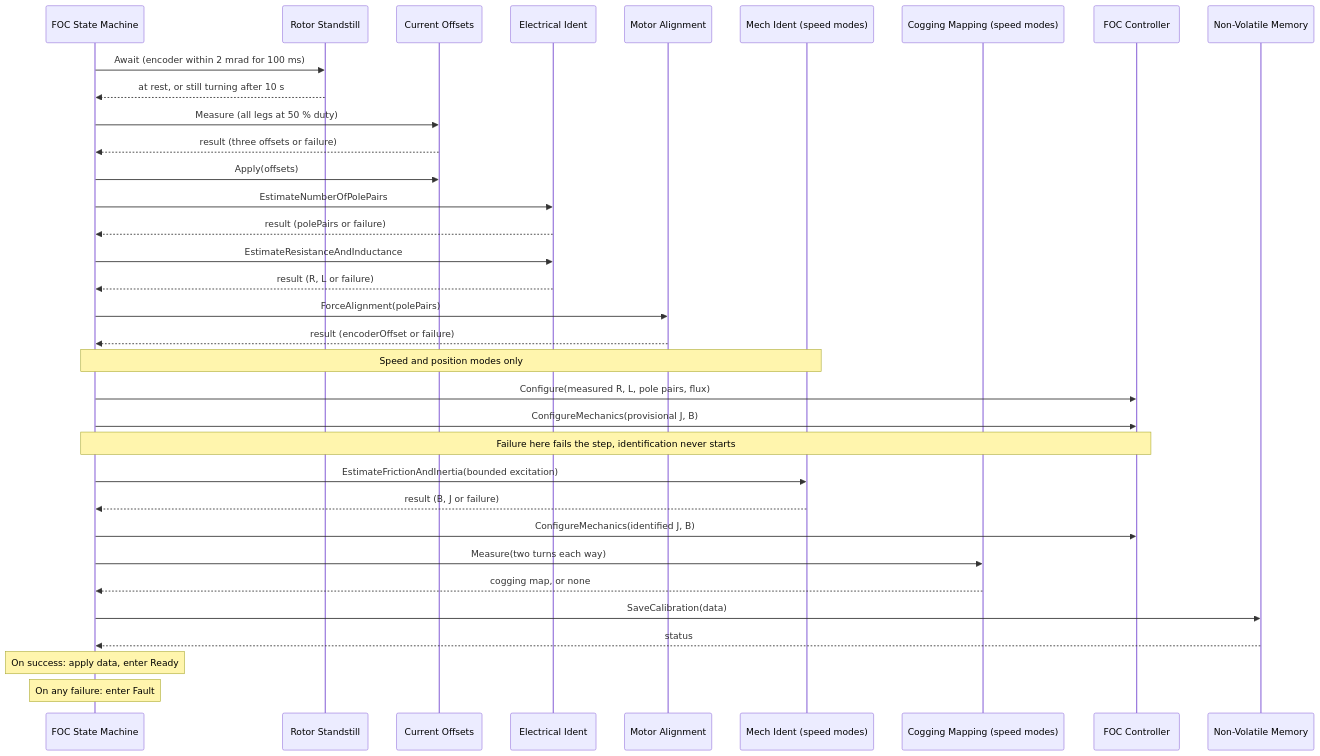
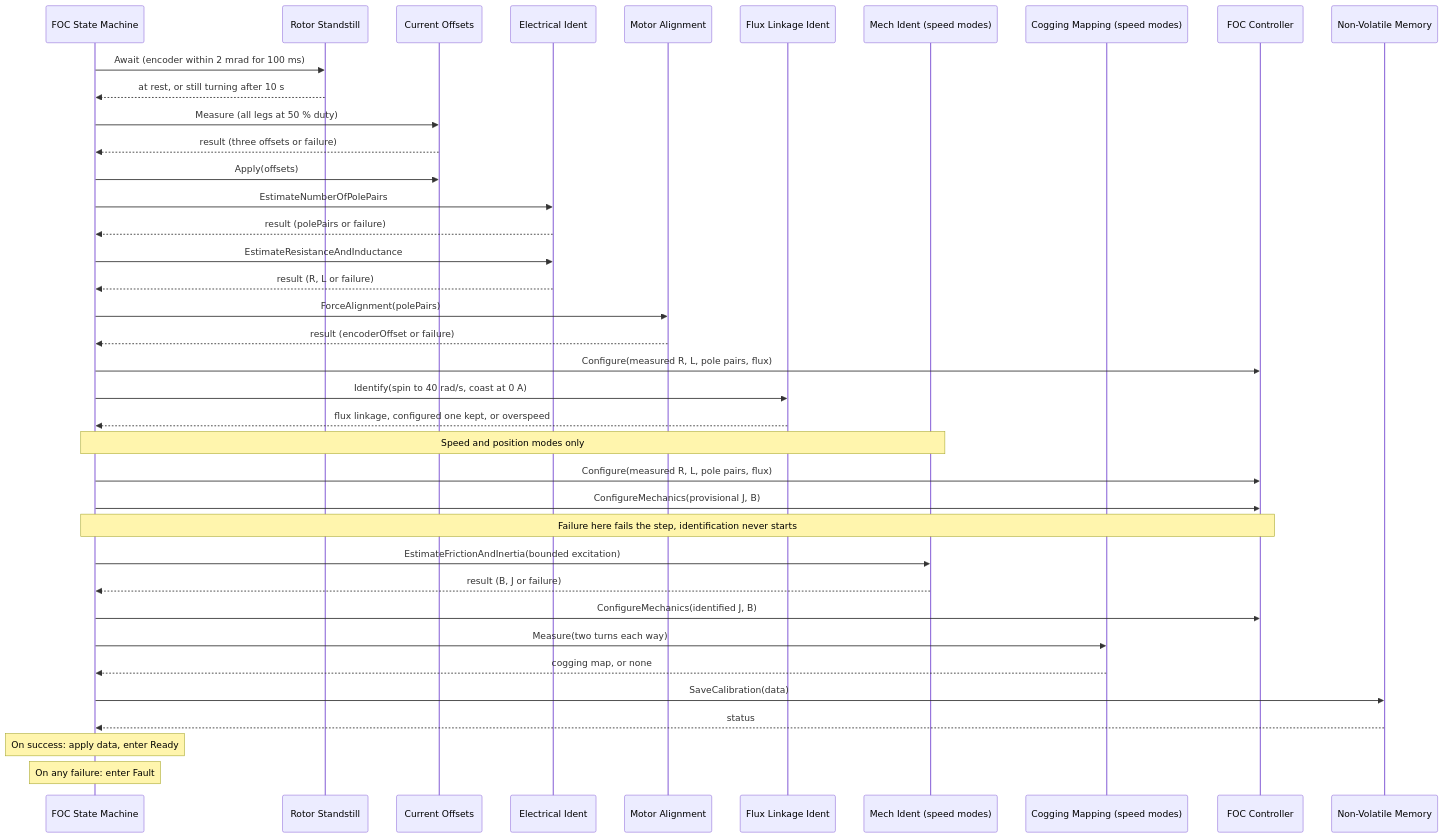
Before and after one commit to embedded-pro/e-foc: the second of 9 diagrams in documentation/design/state-machine.md, drawn with Mermaid. The commit also changed other lines of this file and 32 other files, not shown here.

First line of the commit message:
feat(calibration): identify the flux linkage after alignment, before the mechanical step

````diff
--- a/documentation/design/state-machine.md
+++ b/documentation/design/state-machine.md
@@ -230,37 +230,41 @@
 ```mermaid
 sequenceDiagram
     participant SM as FOC State Machine
     participant RS as Rotor Standstill
     participant CO as Current Offsets
     participant EI as Electrical Ident
     participant MA as Motor Alignment
+    participant FL as Flux Linkage Ident
     participant MI as Mech Ident (speed modes)
     participant CM as Cogging Mapping (speed modes)
     participant FOC as FOC Controller
     participant NVM as Non-Volatile Memory
 
     SM->>RS: Await (encoder within 2 mrad for 100 ms)
     RS-->>SM: at rest, or still turning after 10 s
     SM->>CO: Measure (all legs at 50 % duty)
     CO-->>SM: result (three offsets or failure)
     SM->>CO: Apply(offsets)
     SM->>EI: EstimateNumberOfPolePairs
     EI-->>SM: result (polePairs or failure)
     SM->>EI: EstimateResistanceAndInductance
     EI-->>SM: result (R, L or failure)
     SM->>MA: ForceAlignment(polePairs)
     MA-->>SM: result (encoderOffset or failure)
+    SM->>FOC: Configure(measured R, L, pole pairs, flux)
+    SM->>FL: Identify(spin to 40 rad/s, coast at 0 A)
+    FL-->>SM: flux linkage, configured one kept, or overspeed
     note over SM,MI: Speed and position modes only
     SM->>FOC: Configure(measured R, L, pole pairs, flux)
     SM->>FOC: ConfigureMechanics(provisional J, B)
     note over SM,FOC: Failure here fails the step, identification never starts
     SM->>MI: EstimateFrictionAndInertia(bounded excitation)
     MI-->>SM: result (B, J or failure)
     SM->>FOC: ConfigureMechanics(identified J, B)
     SM->>CM: Measure(two turns each way)
     CM-->>SM: cogging map, or none
     SM->>NVM: SaveCalibration(data)
     NVM-->>SM: status
     note over SM: On success: apply data, enter Ready
     note over SM: On any failure: enter Fault
 ```
````
